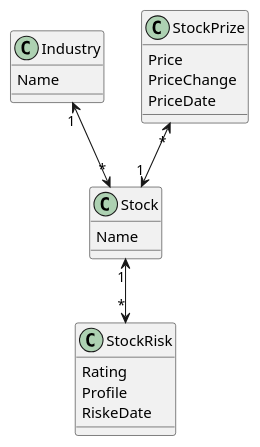
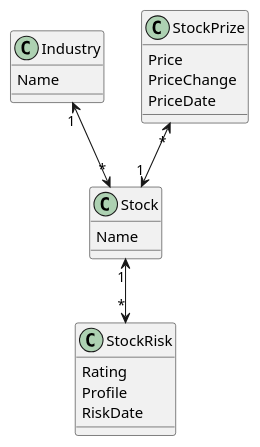
Before and after one commit to DanyLoyal/SP-2-Java-Deep-Dive-project: the diagram in Documentation/DomainModel.puml, drawn with PlantUML.

Commit message:
stavefejl

```diff
--- a/Documentation/DomainModel.puml
+++ b/Documentation/DomainModel.puml
@@ -1,28 +1,28 @@
 @startuml
 
 Class Industry{
 Name
 }
 
 Class StockPrize{
 Price
 PriceChange
 PriceDate
 }
 
 Class Stock{
 Name
 }
 
 Class StockRisk{
 Rating
 Profile
-RiskeDate
+RiskDate
 }
 
 
 Industry "1"<--> "*"Stock
 StockPrize "*"<--> "1" Stock
 Stock "1"<--> "*"StockRisk
 
 @enduml
```
